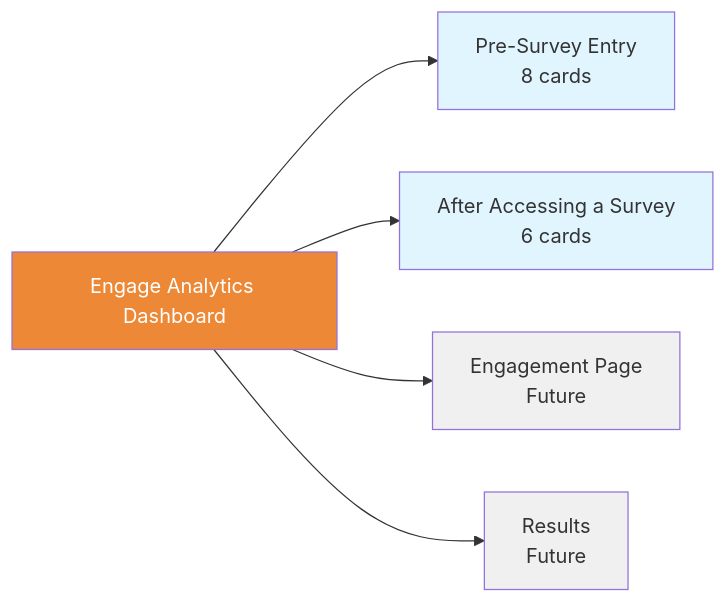
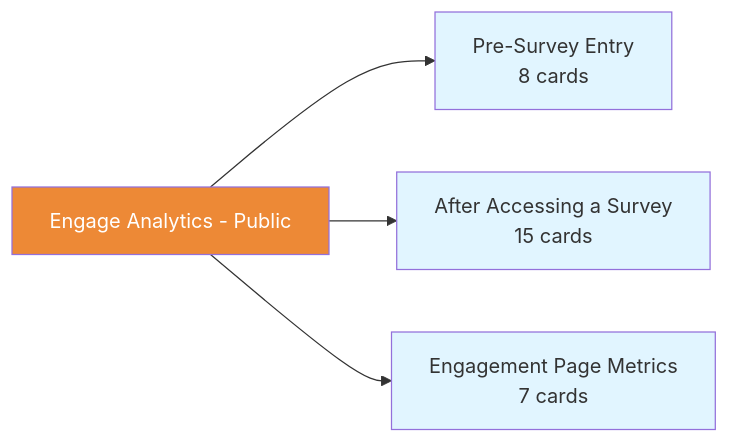
One commit to bcgov/epic-engage changed the seventh of 8 diagrams in docs/Penguin_Analytics_Events.md. Above: the diagram before and after it, drawn with Mermaid. The commit also changed other lines of this file, not shown here.

First line of the commit message:
docs: update Penguin Analytics integration status

````diff
--- a/docs/Penguin_Analytics_Events.md
+++ b/docs/Penguin_Analytics_Events.md
@@ -331,14 +350,12 @@
 ```mermaid
 graph LR
-    A[Engage Analytics Dashboard]
+    A[Engage Analytics - Public]
     A --> B[Pre-Survey Entry<br/>8 cards]
-    A --> C[After Accessing a Survey<br/>6 cards]
-    A --> D[Engagement Page<br/>Future]
-    A --> E[Results<br/>Future]
+    A --> C[After Accessing a Survey<br/>15 cards]
+    A --> D[Engagement Page Metrics<br/>7 cards]
     
     style A fill:#ED8936,color:#fff
     style B fill:#e1f5ff
     style C fill:#e1f5ff
-    style D fill:#f0f0f0
-    style E fill:#f0f0f0
+    style D fill:#e1f5ff
 ```
````
